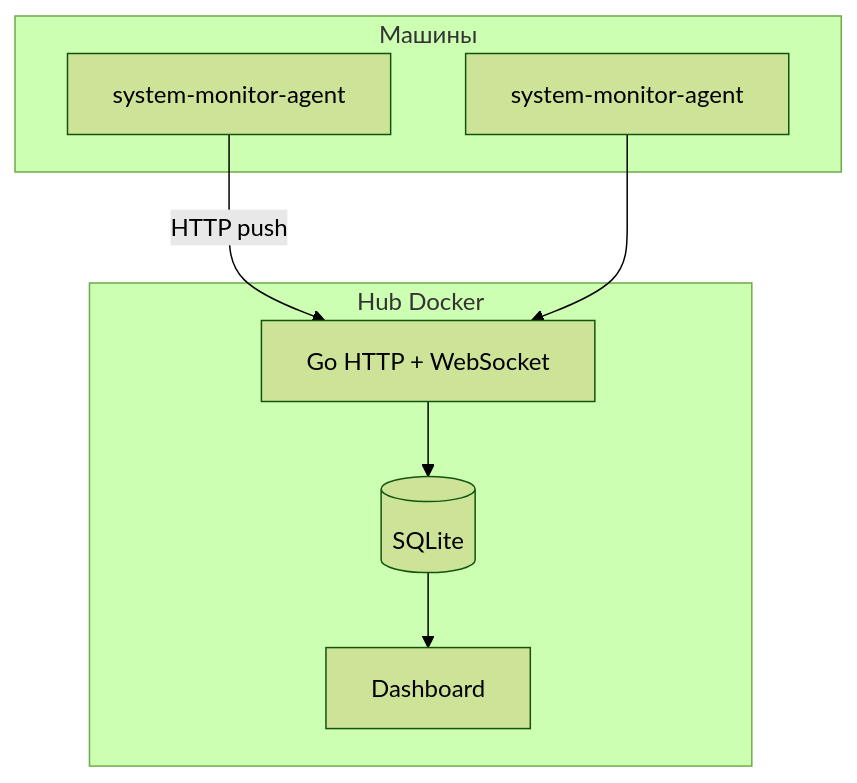
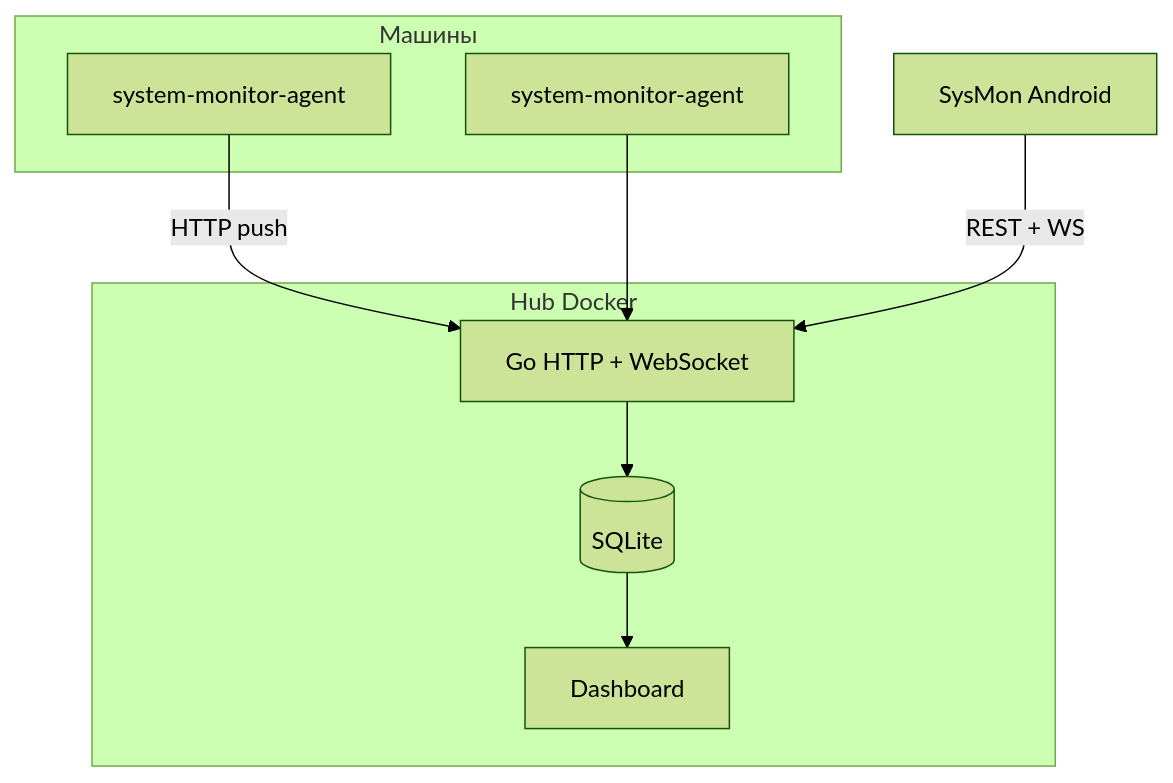
Before and after one commit to pagbest154-cmd/system-monitor: the first of 2 diagrams in README.md, drawn with Mermaid (forest theme). The commit also changed other lines of this file, not shown here.

First line of the commit message:
Document SysMon Android client in root README

````diff
--- a/README.md
+++ b/README.md
@@ -54,16 +57,18 @@
 ```mermaid
 flowchart TB
     subgraph machines [Машины]
         A1[system-monitor-agent]
         A2[system-monitor-agent]
     end
     subgraph hubHost [Hub Docker]
         API[Go HTTP + WebSocket]
         DB[(SQLite)]
         UI[Dashboard]
     end
+    MOB[SysMon Android]
     A1 -->|HTTP push| API
     A2 --> API
     API --> DB
     DB --> UI
+    MOB -->|REST + WS| API
 ```
````
